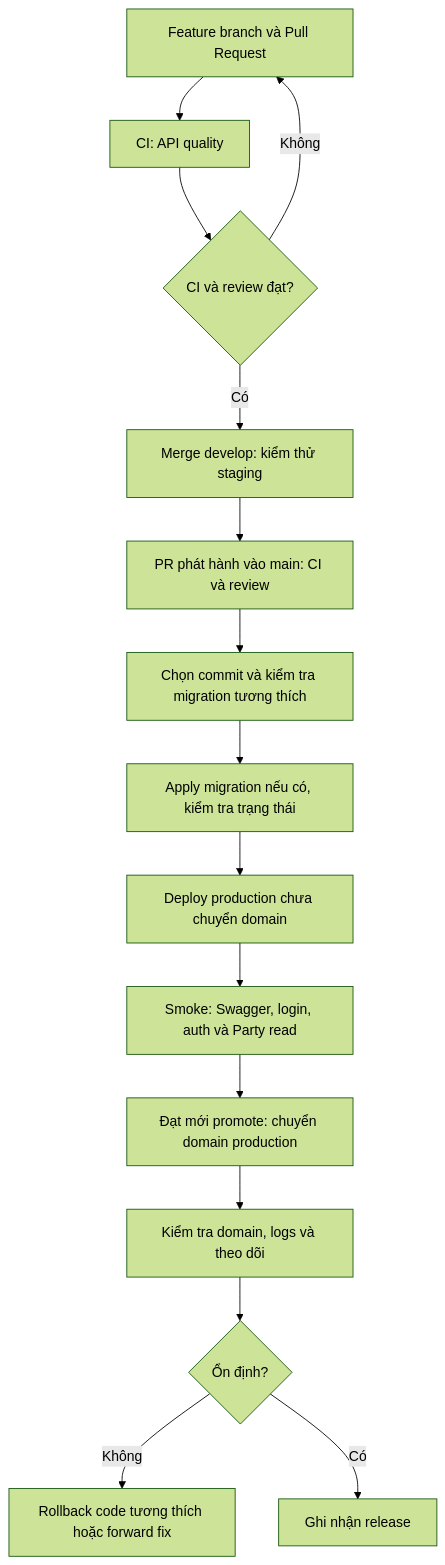
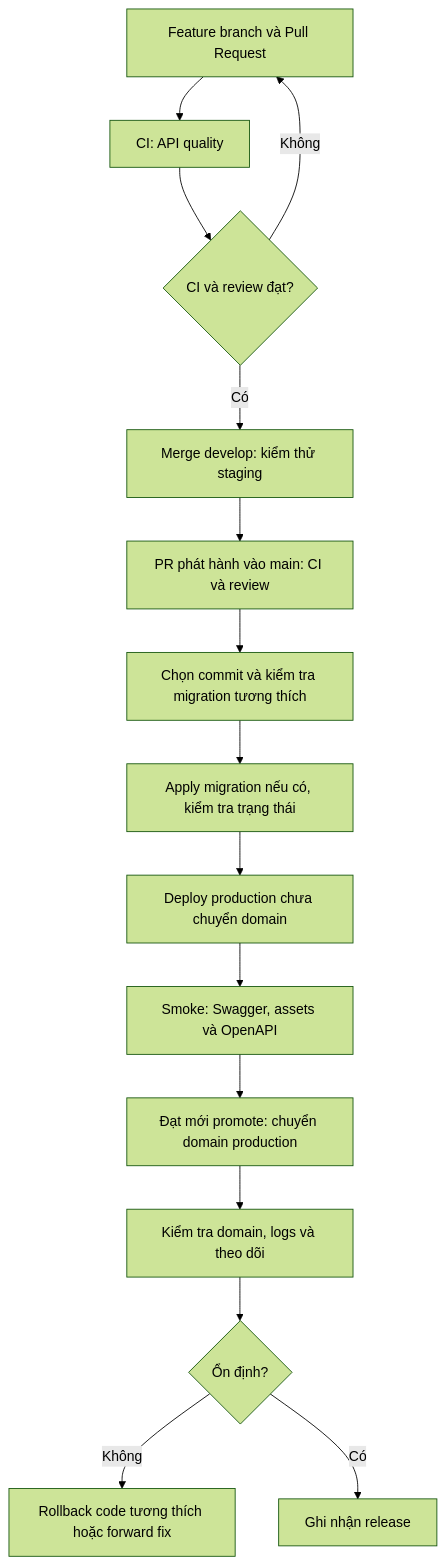
Before and after one commit to PhuongT1/debtflow-api: the diagram in docs/deployment/index.md, drawn with Mermaid (forest theme). The commit also changed other lines of this file and 8 other files, not shown here.

````diff
--- a/docs/deployment/index.md
+++ b/docs/deployment/index.md
@@ -36,17 +37,17 @@
 ```mermaid
 flowchart TD
   A[Feature branch và Pull Request] --> B[CI: API quality]
   B --> C{CI và review đạt?}
   C -- Không --> A
   C -- Có --> D[Merge develop: kiểm thử staging]
   D --> E[PR phát hành vào main: CI và review]
   E --> F[Chọn commit và kiểm tra migration tương thích]
   F --> G[Apply migration nếu có, kiểm tra trạng thái]
   G --> H[Deploy production chưa chuyển domain]
-  H --> S[Smoke: Swagger, login, auth và Party read]
+  H --> S[Smoke: Swagger, assets và OpenAPI]
   S --> P[Đạt mới promote: chuyển domain production]
   P --> I[Kiểm tra domain, logs và theo dõi]
   I --> J{Ổn định?}
   J -- Không --> K[Rollback code tương thích hoặc forward fix]
   J -- Có --> L[Ghi nhận release]
 ```
````
